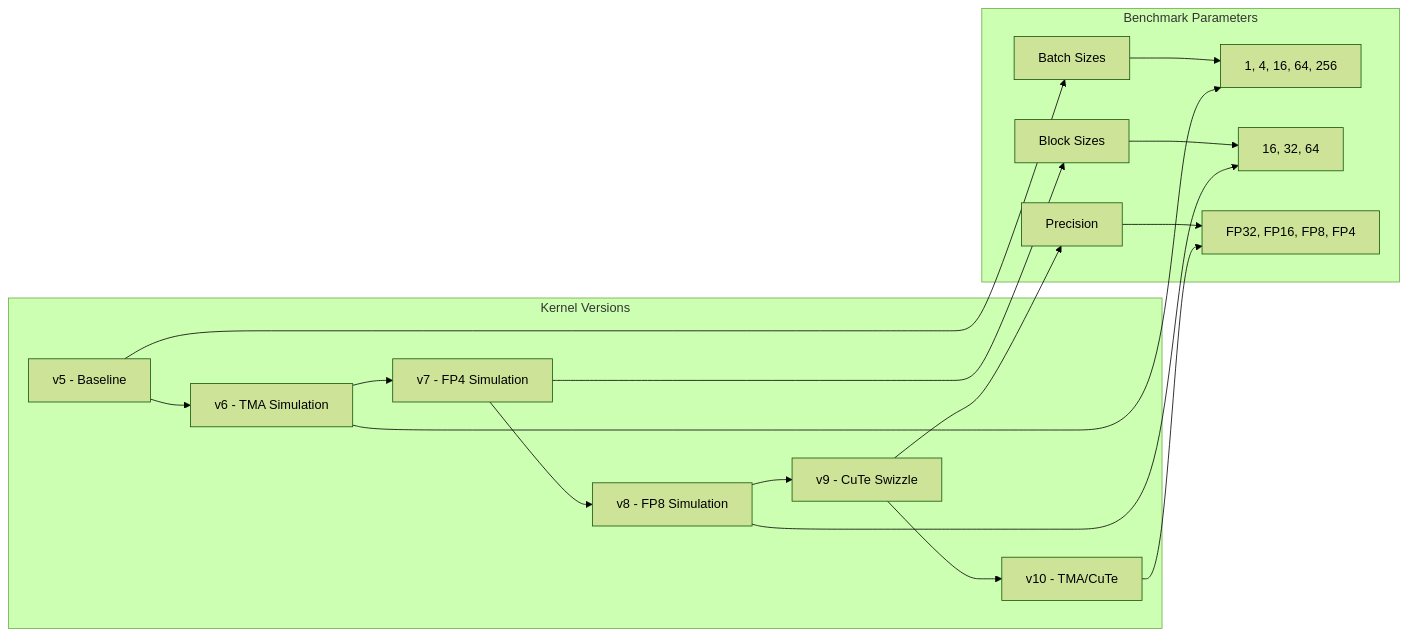
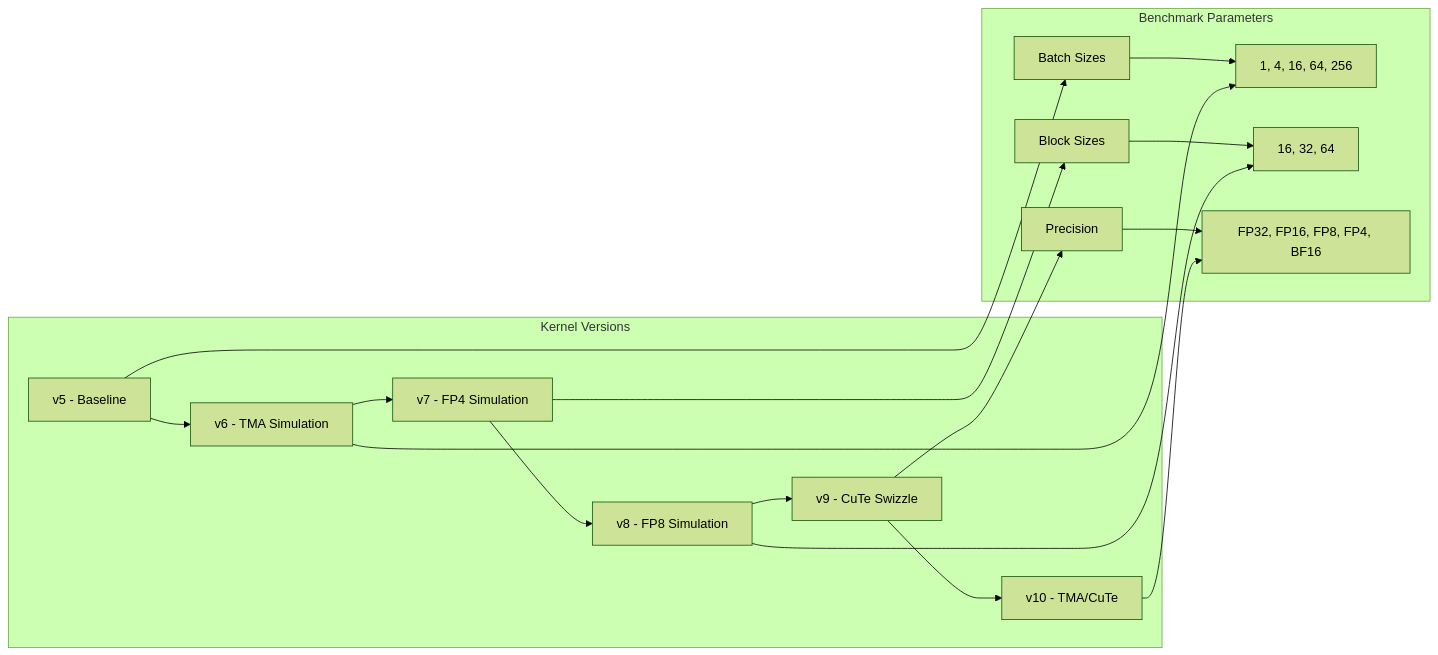
The fourth of 9 diagrams in .qoder/repowiki/en/content/Testing Debugging Framework.md (gugudeshubao/flashinfer-bench-tma-thrust), drawn with Mermaid (forest theme) before and after one commit. The commit also changed other lines of this file and 4 other files, not shown here.

````diff
--- a/.qoder/repowiki/en/content/Testing Debugging Framework.md
+++ b/.qoder/repowiki/en/content/Testing Debugging Framework.md
@@ -200,21 +200,21 @@
 ```mermaid
 graph LR
 subgraph "Kernel Versions"
 A[v5 - Baseline] --> B[v6 - TMA Simulation]
 B --> C[v7 - FP4 Simulation]
 C --> D[v8 - FP8 Simulation]
 D --> E[v9 - CuTe Swizzle]
 E --> F[v10 - TMA/CuTe]
 end
 subgraph "Benchmark Parameters"
 G[Batch Sizes] --> H[1, 4, 16, 64, 256]
 I[Block Sizes] --> J[16, 32, 64]
-K[Precision] --> L[FP32, FP16, FP8, FP4]
+K[Precision] --> L[FP32, FP16, FP8, FP4, BF16]
 end
 A --> G
 B --> H
 C --> I
 D --> J
 E --> K
 F --> L
 ```
````
